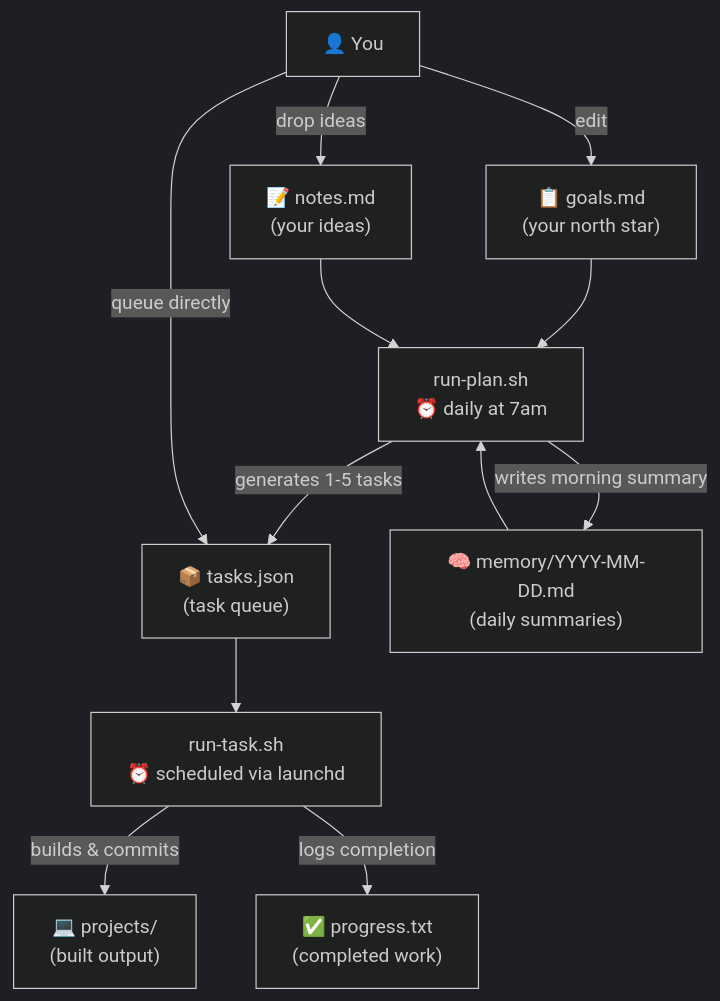
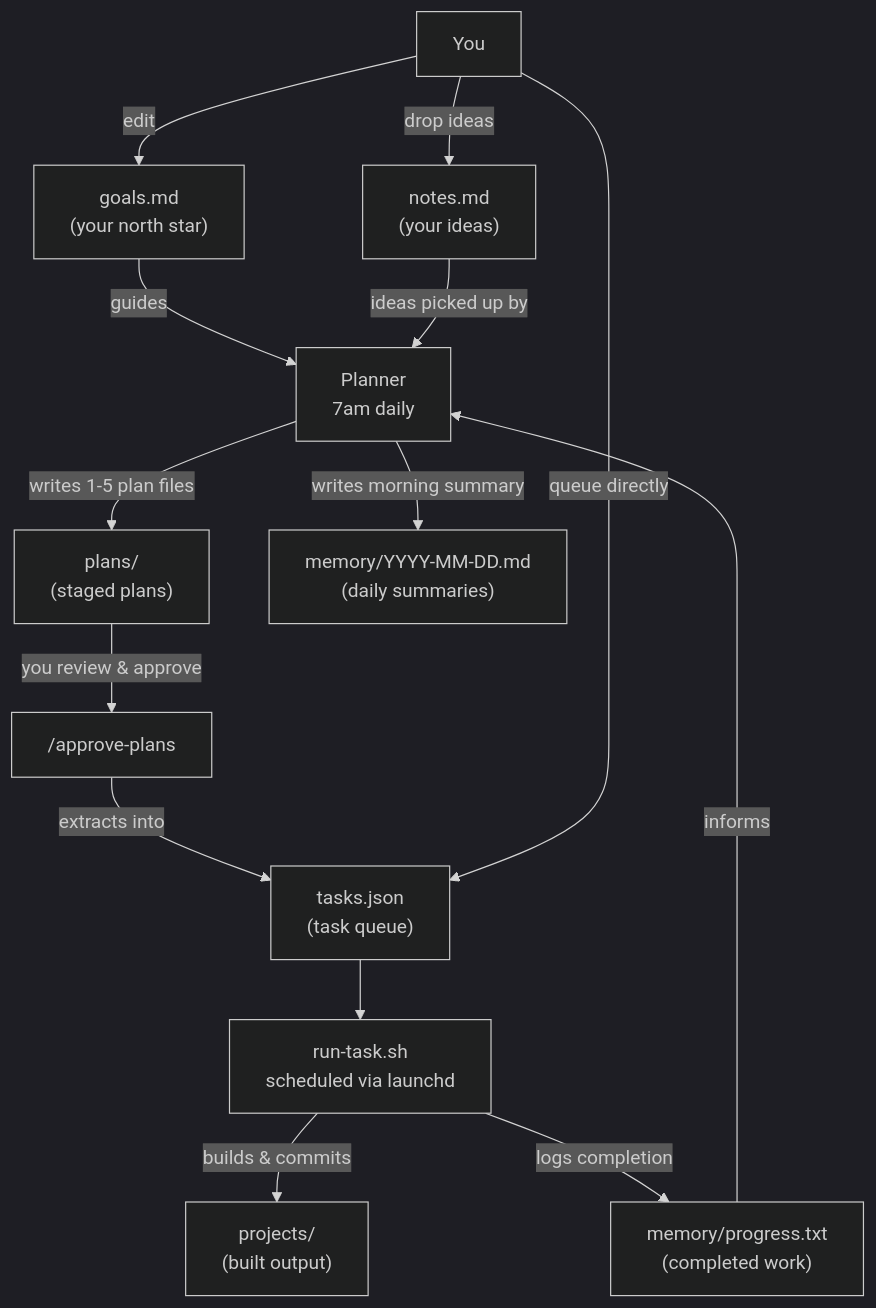
Before and after one commit to ben-rogerson/rawrbot: the diagram in README.md, drawn with Mermaid (dark theme). The commit also changed other lines of this file and 12 other files, not shown here.

````diff
--- a/README.md
+++ b/README.md
@@ -9,23 +9,28 @@
 ```mermaid
 flowchart TD
-    goals["📋 goals.md\n(your north star)"]
-    notes["📝 notes.md\n(your ideas)"]
-    tasks["📦 tasks.json\n(task queue)"]
-    progress["✅ progress.txt\n(completed work)"]
-    memory["🧠 memory/YYYY-MM-DD.md\n(daily summaries)"]
-    projects["💻 projects/\n(built output)"]
+    goals["goals.md\n(your north star)"]
+    notes["notes.md\n(your ideas)"]
+    plans["plans/\n(staged plans)"]
+    tasks["tasks.json\n(task queue)"]
+    progress["memory/progress.txt\n(completed work)"]
+    memory["memory/YYYY-MM-DD.md\n(daily summaries)"]
+    projects["projects/\n(built output)"]
 
-    goals --> plan["run-plan.sh\n⏰ daily at 7am"]
-    notes --> plan
-    memory --> plan
-    plan -->|"generates 1-5 tasks"| tasks
+    plan["Planner\n7am daily"] -->|"writes 1-5 plan files"| plans
     plan -->|"writes morning summary"| memory
 
-    tasks --> exec["run-task.sh\n⏰ scheduled via launchd"]
+    plans -->|"you review & approve"| approve["/approve-plans"]
+    approve -->|"extracts into"| tasks
+
+    tasks --> exec["run-task.sh\nscheduled via launchd"]
     exec -->|"builds & commits"| projects
     exec -->|"logs completion"| progress
 
-    you["👤 You"] -->|"edit"| goals
+    progress -->|"informs"| plan
+    goals -->|"guides"| plan
+    notes -->|"ideas picked up by"| plan
+
+    you["You"] -->|"edit"| goals
     you -->|"drop ideas"| notes
     you -->|"queue directly"| tasks
 ```
````
